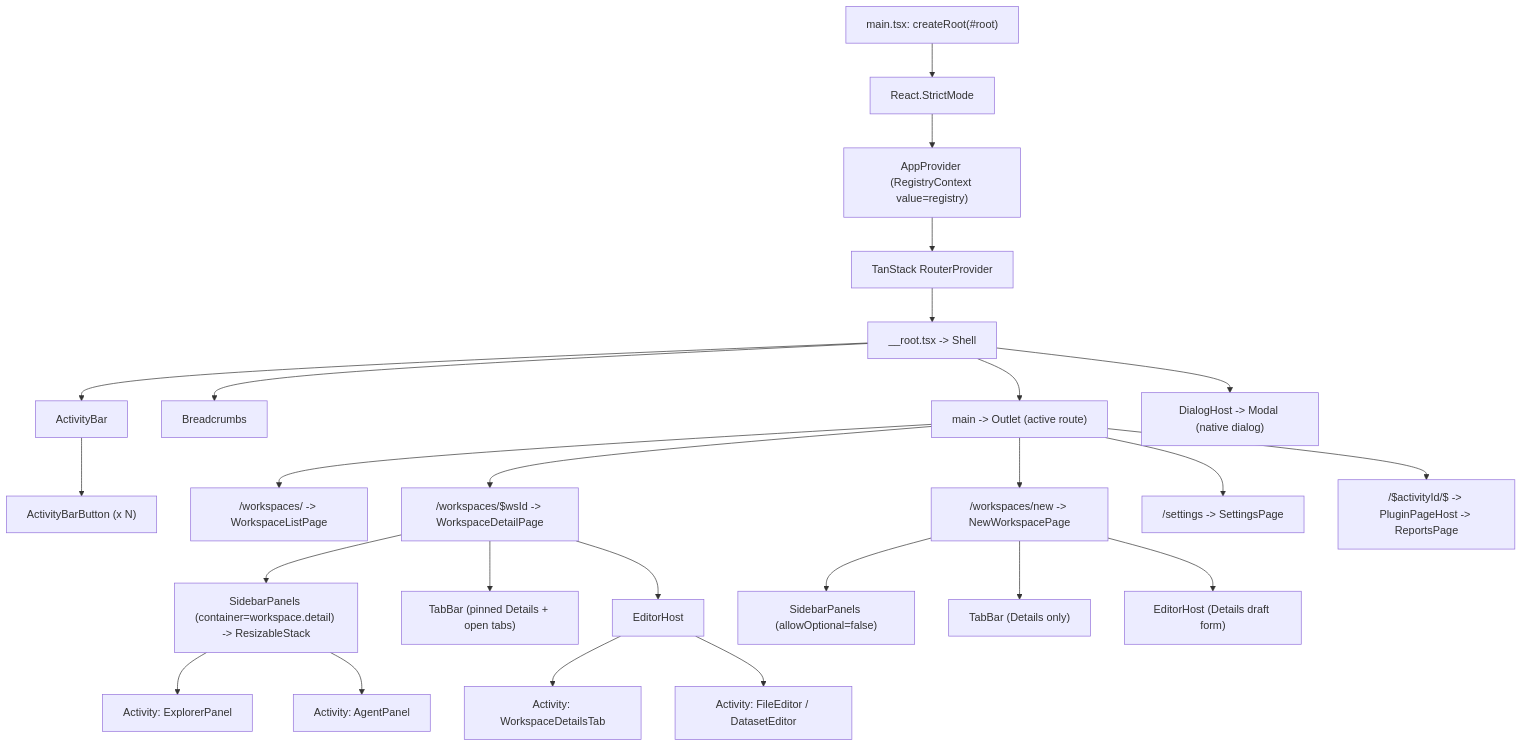
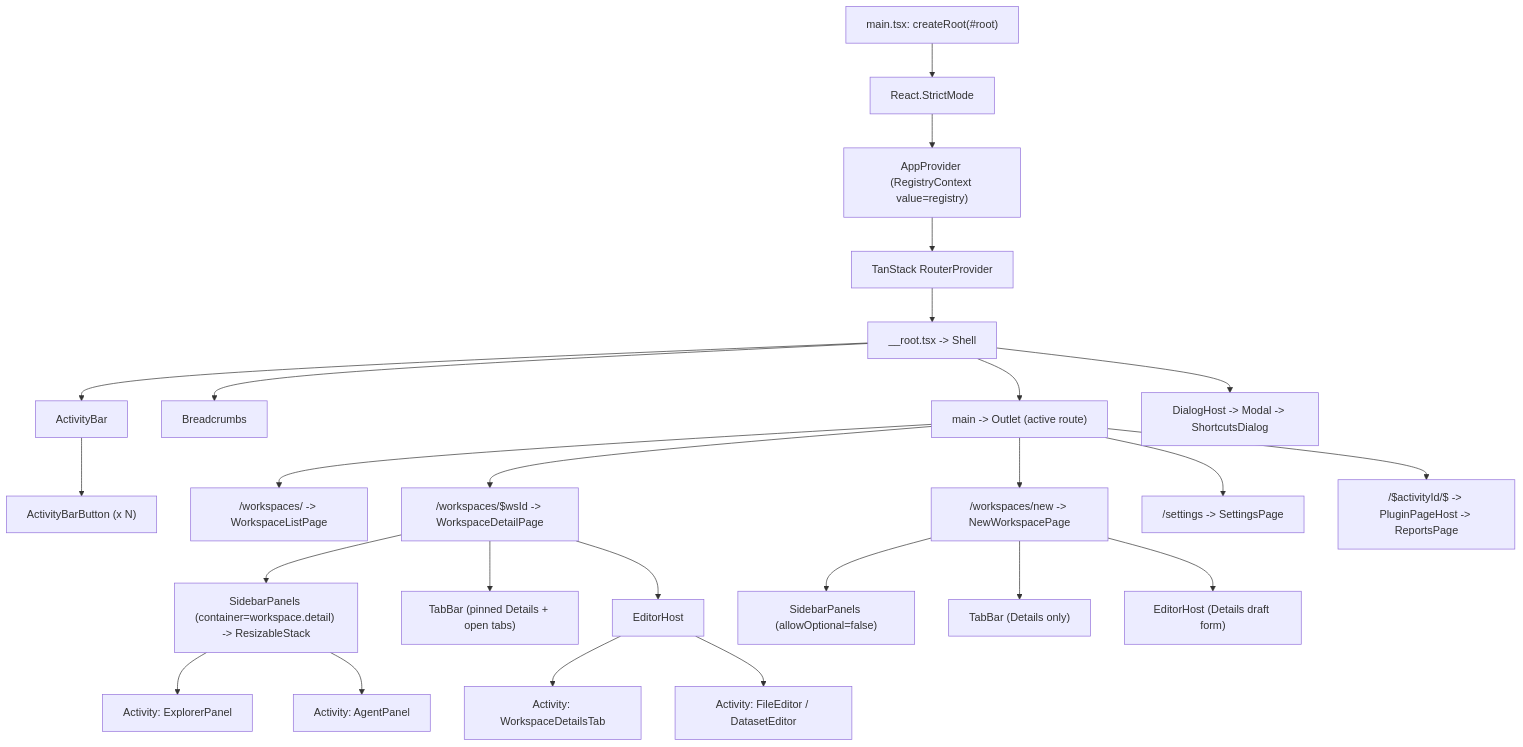
Before and after one commit to ppongtong/ide-shell: the first of 12 diagrams in docs/DESIGN.md, drawn with Mermaid. The commit also changed other lines of this file and 32 other files, not shown here.

Commit message:
Fix tab URL sync, pending navigation race, layout-effect contracts, and add shortcuts dialog

````diff
--- a/docs/DESIGN.md
+++ b/docs/DESIGN.md
@@ -57,34 +57,34 @@
 ```mermaid
 flowchart TD
     Main["main.tsx: createRoot(#root)"] --> Strict["React.StrictMode"]
     Strict --> AppProvider["AppProvider (RegistryContext value=registry)"]
     AppProvider --> RouterProvider["TanStack RouterProvider"]
     RouterProvider --> Root["__root.tsx -> Shell"]
 
     Root --> ActivityBar["ActivityBar"]
     Root --> Breadcrumbs["Breadcrumbs"]
     Root --> Outlet["main -> Outlet (active route)"]
-    Root --> DialogHost["DialogHost -> Modal (native dialog)"]
+    Root --> DialogHost["DialogHost -> Modal -> ShortcutsDialog"]
 
     ActivityBar --> ActivityBtn["ActivityBarButton (x N)"]
 
     Outlet --> ListPage["/workspaces/ -> WorkspaceListPage"]
     Outlet --> NewPage["/workspaces/new -> NewWorkspacePage"]
     Outlet --> DetailPage["/workspaces/$wsId -> WorkspaceDetailPage"]
     Outlet --> SettingsPage["/settings -> SettingsPage"]
     Outlet --> PluginHost["/$activityId/$ -> PluginPageHost -> ReportsPage"]
 
     DetailPage --> Sidebar["SidebarPanels (container=workspace.detail) -> ResizableStack"]
     DetailPage --> TabBar["TabBar (pinned Details + open tabs)"]
     DetailPage --> EditorHost["EditorHost"]
 
     NewPage --> SidebarDraft["SidebarPanels (allowOptional=false)"]
     NewPage --> TabBarDraft["TabBar (Details only)"]
     NewPage --> EditorDraft["EditorHost (Details draft form)"]
 
     Sidebar --> ActExp["Activity: ExplorerPanel"]
     Sidebar --> ActAg["Activity: AgentPanel"]
 
     EditorHost --> ActDet["Activity: WorkspaceDetailsTab"]
     EditorHost --> ActEd["Activity: FileEditor / DatasetEditor"]
 ```
````
